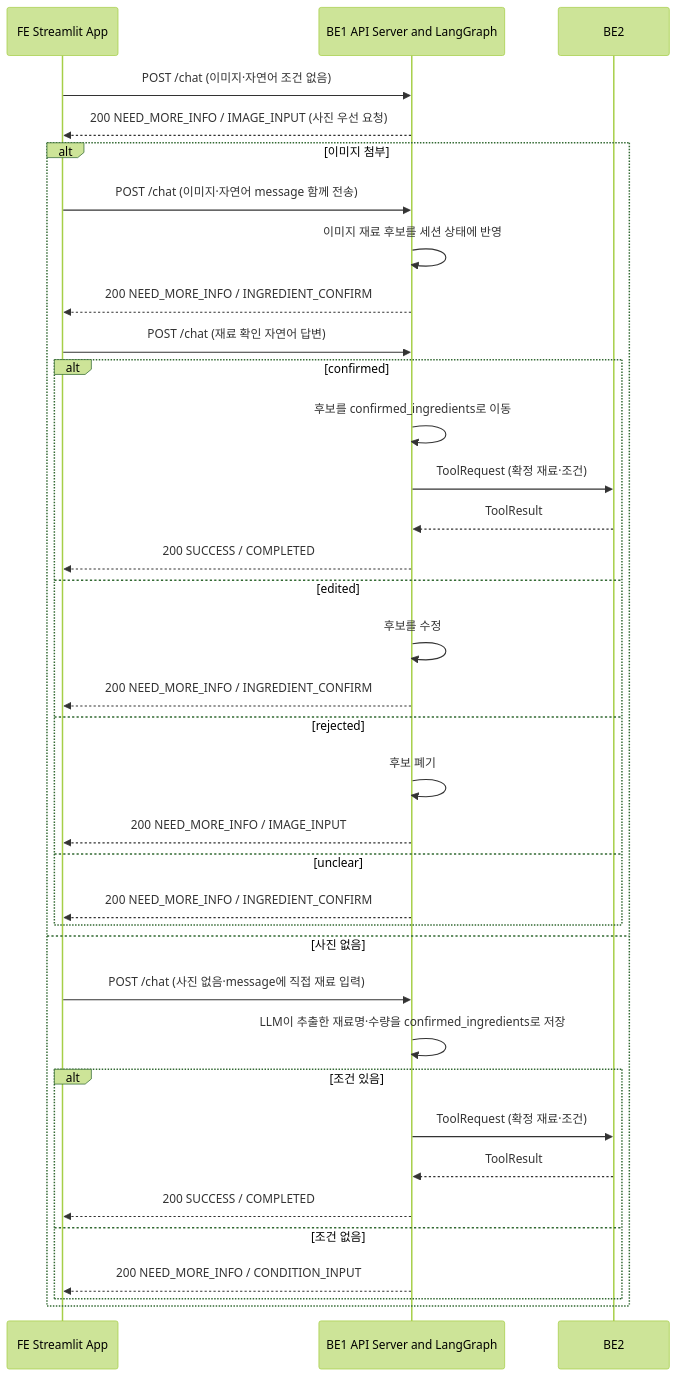
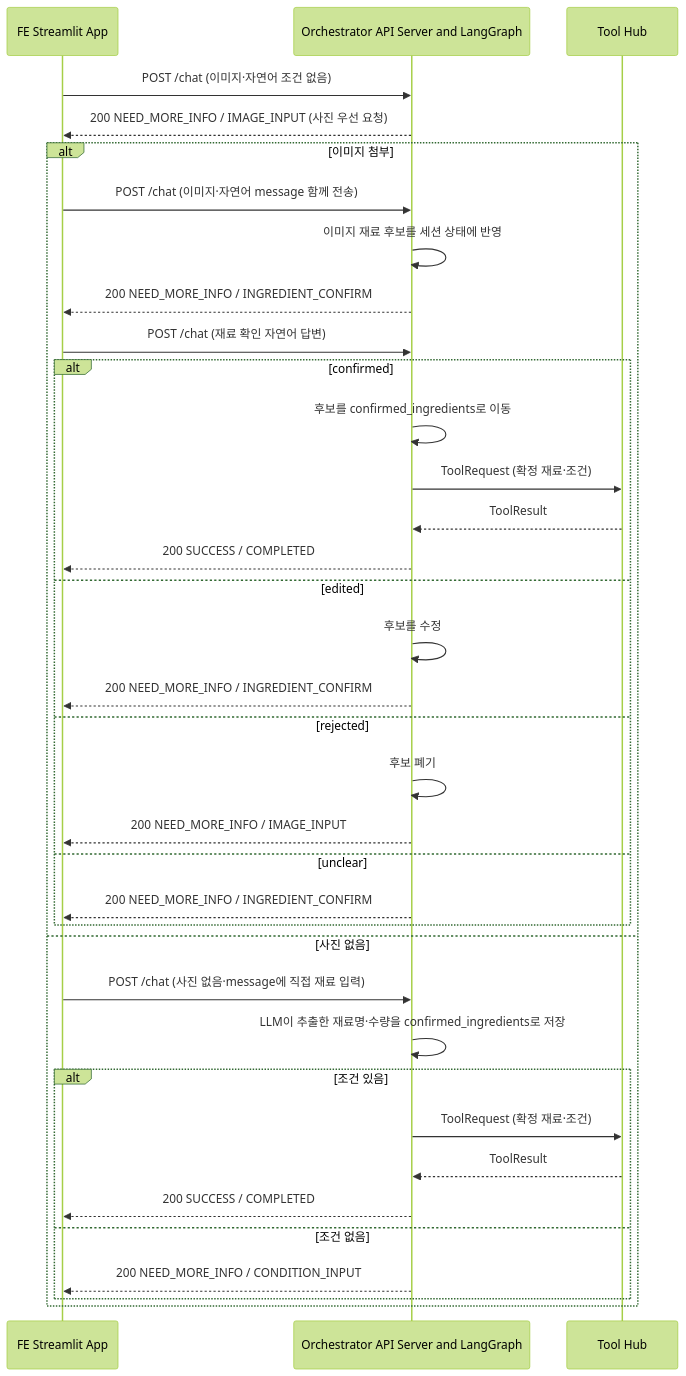
Before and after one commit to DongJunee/2026_aio2_p2_PlanEat_Backend: the first of 3 diagrams in docs/architecture/data-flow.md, drawn with Mermaid (forest theme). The commit also changed other lines of this file and 51 other files, not shown here.

````diff
--- a/docs/architecture/data-flow.md
+++ b/docs/architecture/data-flow.md
@@ -18,40 +20,40 @@
 ```mermaid
 sequenceDiagram
     participant FE as FE Streamlit App
-    participant BE1 as BE1 API Server and LangGraph
+    participant Orchestrator as Orchestrator API Server and LangGraph
 
-    FE->>BE1: POST /chat (이미지·자연어 조건 없음)
-    BE1-->>FE: 200 NEED_MORE_INFO / IMAGE_INPUT (사진 우선 요청)
+    FE->>Orchestrator: POST /chat (이미지·자연어 조건 없음)
+    Orchestrator-->>FE: 200 NEED_MORE_INFO / IMAGE_INPUT (사진 우선 요청)
 
     alt 이미지 첨부
-        FE->>BE1: POST /chat (이미지·자연어 message 함께 전송)
-        BE1->>BE1: 이미지 재료 후보를 세션 상태에 반영
-        BE1-->>FE: 200 NEED_MORE_INFO / INGREDIENT_CONFIRM
+        FE->>Orchestrator: POST /chat (이미지·자연어 message 함께 전송)
+        Orchestrator->>Orchestrator: 이미지 재료 후보를 세션 상태에 반영
+        Orchestrator-->>FE: 200 NEED_MORE_INFO / INGREDIENT_CONFIRM
 
-        FE->>BE1: POST /chat (재료 확인 자연어 답변)
+        FE->>Orchestrator: POST /chat (재료 확인 자연어 답변)
         alt confirmed
-            BE1->>BE1: 후보를 confirmed_ingredients로 이동
-            BE1->>BE2: ToolRequest (확정 재료·조건)
-            BE2-->>BE1: ToolResult
-            BE1-->>FE: 200 SUCCESS / COMPLETED
+            Orchestrator->>Orchestrator: 후보를 confirmed_ingredients로 이동
+            Orchestrator->>Tool Hub: ToolRequest (확정 재료·조건)
+            Tool Hub-->>Orchestrator: ToolResult
+            Orchestrator-->>FE: 200 SUCCESS / COMPLETED
         else edited
-            BE1->>BE1: 후보를 수정
-            BE1-->>FE: 200 NEED_MORE_INFO / INGREDIENT_CONFIRM
+            Orchestrator->>Orchestrator: 후보를 수정
+            Orchestrator-->>FE: 200 NEED_MORE_INFO / INGREDIENT_CONFIRM
         else rejected
-            BE1->>BE1: 후보 폐기
-            BE1-->>FE: 200 NEED_MORE_INFO / IMAGE_INPUT
+            Orchestrator->>Orchestrator: 후보 폐기
+            Orchestrator-->>FE: 200 NEED_MORE_INFO / IMAGE_INPUT
         else unclear
-            BE1-->>FE: 200 NEED_MORE_INFO / INGREDIENT_CONFIRM
+            Orchestrator-->>FE: 200 NEED_MORE_INFO / INGREDIENT_CONFIRM
         end
     else 사진 없음
-        FE->>BE1: POST /chat (사진 없음·message에 직접 재료 입력)
-        BE1->>BE1: LLM이 추출한 재료명·수량을 confirmed_ingredients로 저장
+        FE->>Orchestrator: POST /chat (사진 없음·message에 직접 재료 입력)
+        Orchestrator->>Orchestrator: LLM이 추출한 재료명·수량을 confirmed_ingredients로 저장
         alt 조건 있음
-            BE1->>BE2: ToolRequest (확정 재료·조건)
-            BE2-->>BE1: ToolResult
-            BE1-->>FE: 200 SUCCESS / COMPLETED
+            Orchestrator->>Tool Hub: ToolRequest (확정 재료·조건)
+            Tool Hub-->>Orchestrator: ToolResult
+            Orchestrator-->>FE: 200 SUCCESS / COMPLETED
         else 조건 없음
-            BE1-->>FE: 200 NEED_MORE_INFO / CONDITION_INPUT
+            Orchestrator-->>FE: 200 NEED_MORE_INFO / CONDITION_INPUT
         end
     end
 ```
````
